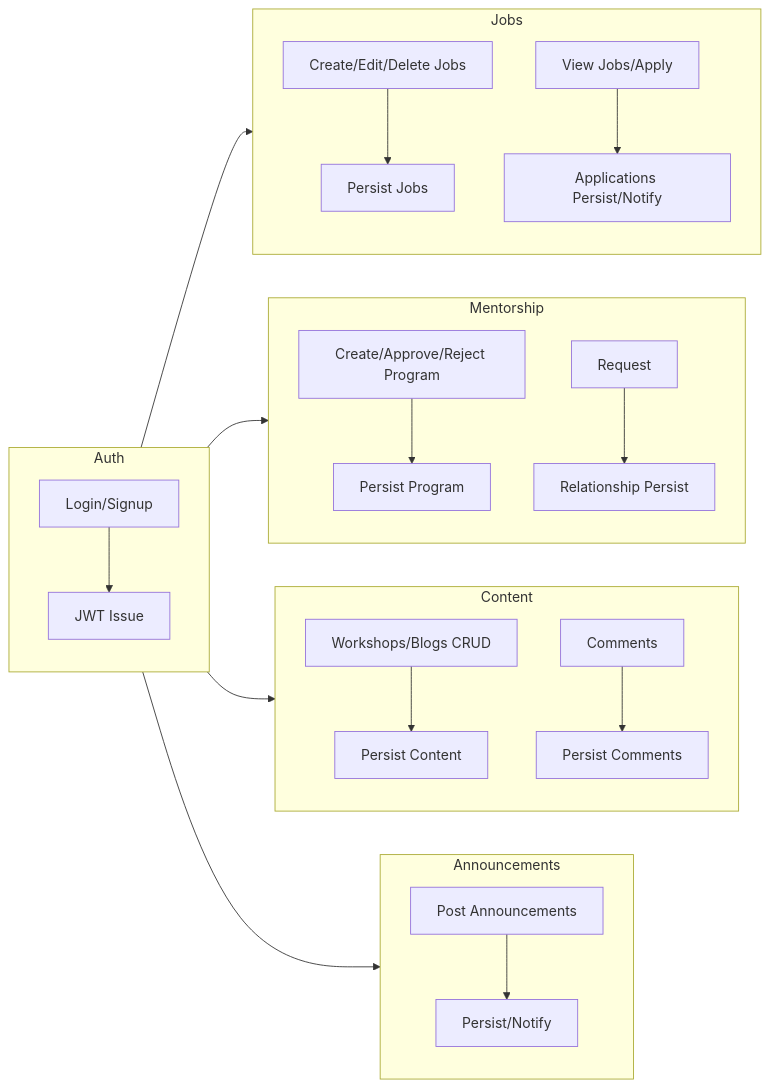
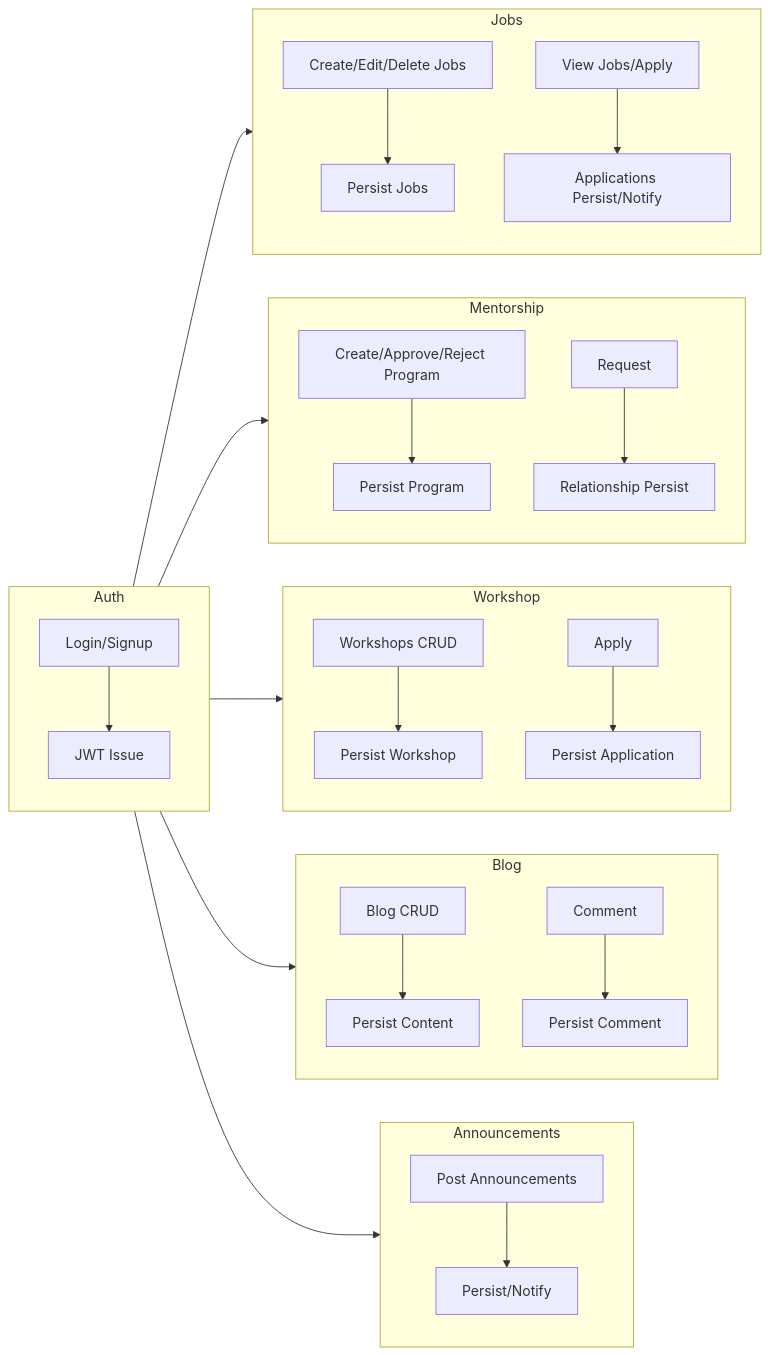
Before and after one commit to saurabhraj25aug2004/__Alumni_association_website: the fourth of 12 diagrams in docs/SDD_Alumni_Association_Platform.md, drawn with Mermaid.

Commit message:
Update SDD_Alumni_Association_Platform.md
Changed workshop and blog in level 1 data flow diagram

````diff
--- a/docs/SDD_Alumni_Association_Platform.md
+++ b/docs/SDD_Alumni_Association_Platform.md
@@ -128,25 +128,35 @@
 ```mermaid
 flowchart LR
   subgraph Auth
     A1[Login/Signup] --> A2[JWT Issue]
   end
   subgraph Jobs
     J1[Create/Edit/Delete Jobs] --> J2[Persist Jobs]
     J3[View Jobs/Apply] --> J4[Applications Persist/Notify]
   end
   subgraph Mentorship
     M1[Create/Approve/Reject Program] --> M2[Persist Program]
     M3[Request] --> M4[Relationship Persist]
   end
-  subgraph Content
-    W1[Workshops/Blogs CRUD] --> W2[Persist Content]
-    W3[Comments] --> W4[Persist Comments]
+ %% subgraph Content
+  %%  W1[Workshops/Blogs CRUD] --> W2[Persist Content]
+   %% W3[Comments] --> W4[Persist Comments]
+ %% end
+  subgraph Workshop
+    B1[Workshops CRUD] --> B2[Persist Workshop]
+    B3[Apply] --> B4[Persist Application]
+  end
+  subgraph Blog
+    K1[Blog CRUD] --> K2[Persist Content]
+    K3[Comment] --> K4[Persist Comment]
   end
   subgraph Announcements
     N1[Post Announcements] --> N2[Persist/Notify]
   end
   Auth --> Jobs
   Auth --> Mentorship
-  Auth --> Content
+  %% Auth --> Content
+  Auth --> Workshop
+  Auth --> Blog
   Auth --> Announcements
 ```
````
